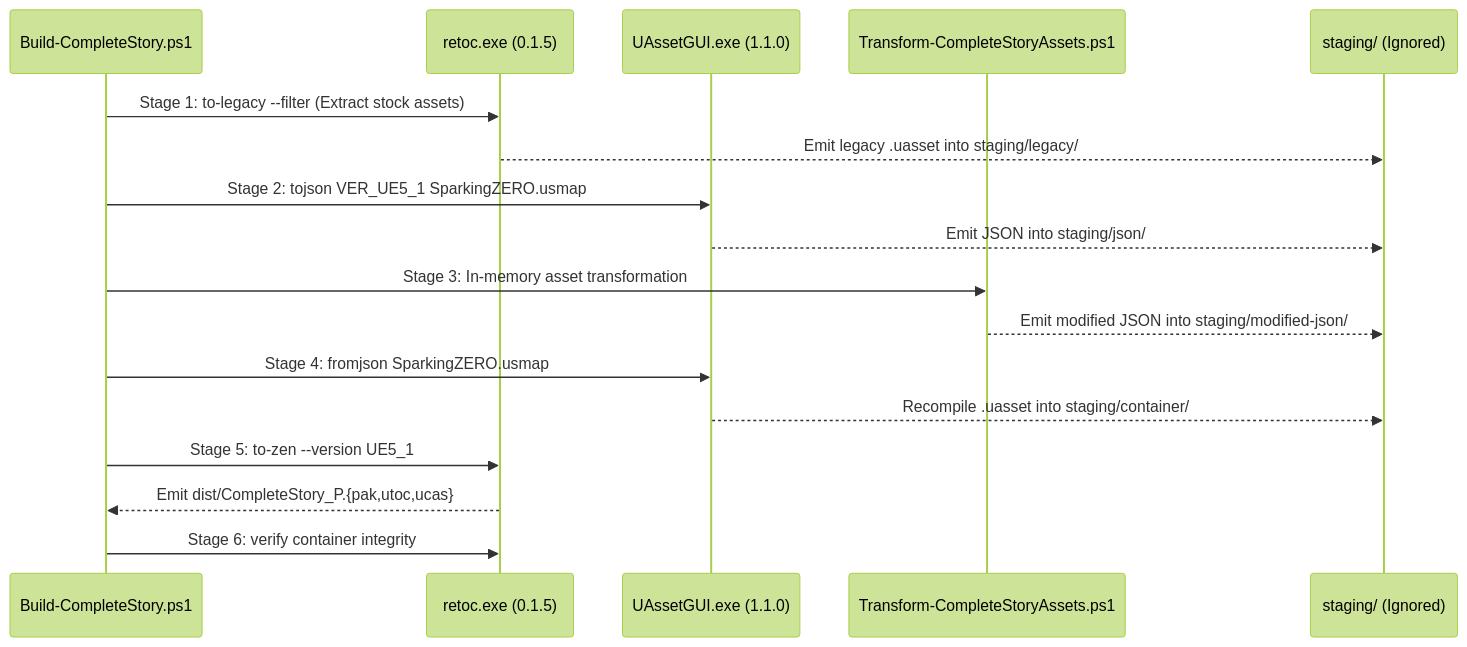
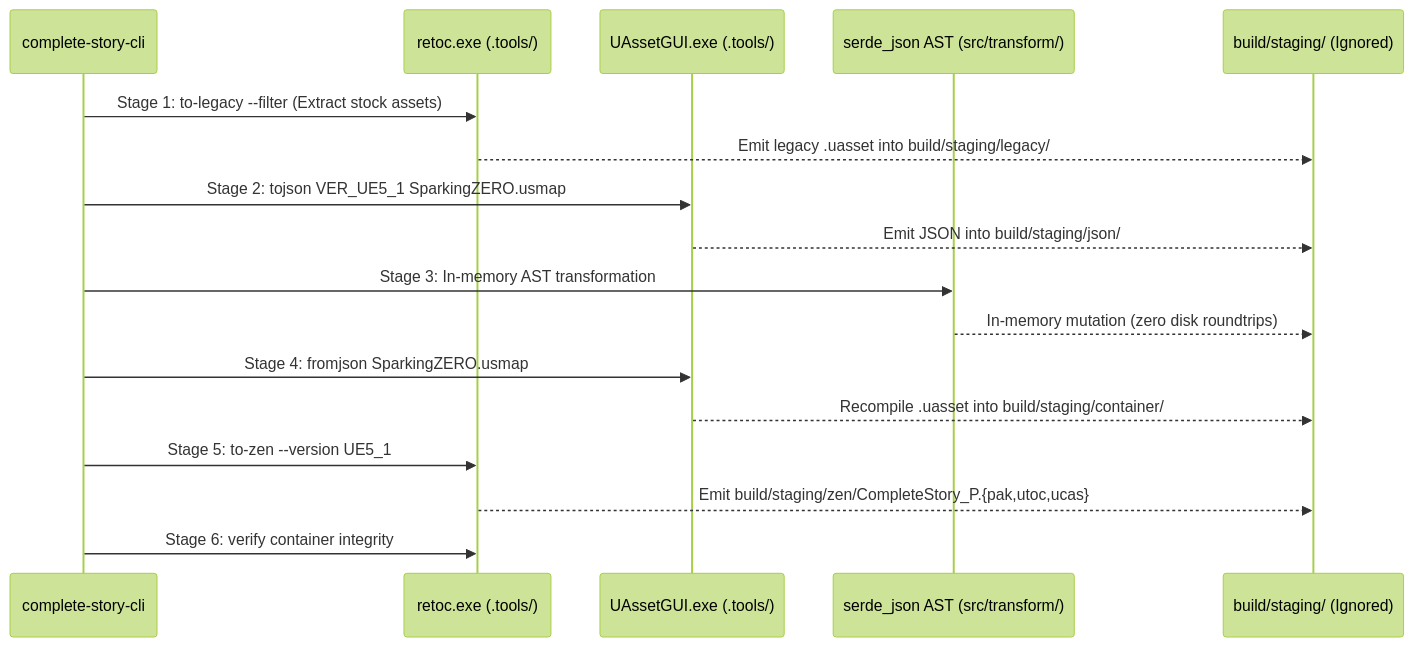
Before and after one commit to quirke0221-web/SparkingCompleteStory: the second of 2 diagrams in docs/ARCHITECTURE.md, drawn with Mermaid (forest theme). The commit also changed other lines of this file and 5 other files, not shown here.

Commit message:
docs(architecture): synchronize architecture and runbooks with native rust cli and unified build sandbox

````diff
--- a/docs/ARCHITECTURE.md
+++ b/docs/ARCHITECTURE.md
@@ -100,20 +100,20 @@
 ```mermaid
 sequenceDiagram
-    participant Orch as Build-CompleteStory.ps1
-    participant Retoc as retoc.exe (0.1.5)
-    participant UAsset as UAssetGUI.exe (1.1.0)
-    participant Trans as Transform-CompleteStoryAssets.ps1
-    participant Staging as staging/ (Ignored)
+    participant Orch as complete-story-cli
+    participant Retoc as retoc.exe (.tools/)
+    participant UAsset as UAssetGUI.exe (.tools/)
+    participant Trans as serde_json AST (src/transform/)
+    participant Staging as build/staging/ (Ignored)
 
     Orch->>Retoc: Stage 1: to-legacy --filter (Extract stock assets)
-    Retoc-->>Staging: Emit legacy .uasset into staging/legacy/
+    Retoc-->>Staging: Emit legacy .uasset into build/staging/legacy/
     Orch->>UAsset: Stage 2: tojson VER_UE5_1 SparkingZERO.usmap
-    UAsset-->>Staging: Emit JSON into staging/json/
-    Orch->>Trans: Stage 3: In-memory asset transformation
-    Trans-->>Staging: Emit modified JSON into staging/modified-json/
+    UAsset-->>Staging: Emit JSON into build/staging/json/
+    Orch->>Trans: Stage 3: In-memory AST transformation
+    Trans-->>Staging: In-memory mutation (zero disk roundtrips)
     Orch->>UAsset: Stage 4: fromjson SparkingZERO.usmap
-    UAsset-->>Staging: Recompile .uasset into staging/container/
+    UAsset-->>Staging: Recompile .uasset into build/staging/container/
     Orch->>Retoc: Stage 5: to-zen --version UE5_1
-    Retoc-->>Orch: Emit dist/CompleteStory_P.{pak,utoc,ucas}
+    Retoc-->>Staging: Emit build/staging/zen/CompleteStory_P.{pak,utoc,ucas}
     Orch->>Retoc: Stage 6: verify container integrity
 ```
````
